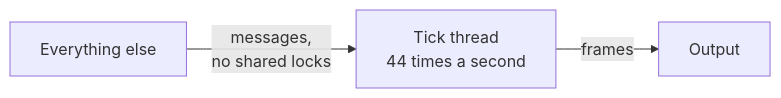
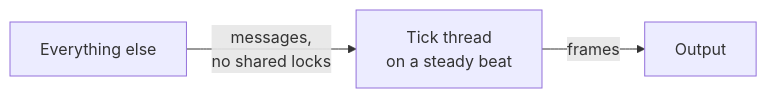
Before and after one commit to abossard/bossylights: the sixth of 6 diagrams in docs/coding.md, drawn with Mermaid. The commit also changed 2 other files, not shown here.

Commit message:
docs: the frame rate belongs to each output, with a default per protocol; a frame is computed for a moment in time

````diff
--- a/docs/coding.md
+++ b/docs/coding.md
@@ -128,4 +128,4 @@
 ```mermaid
 flowchart LR
-  O["Everything else"] -- "messages,<br/>no shared locks" --> RT["Tick thread<br/>44 times a second"] -- "frames" --> OUT["Output"]
+  O["Everything else"] -- "messages,<br/>no shared locks" --> RT["Tick thread<br/>on a steady beat"] -- "frames" --> OUT["Output"]
 ```
````
